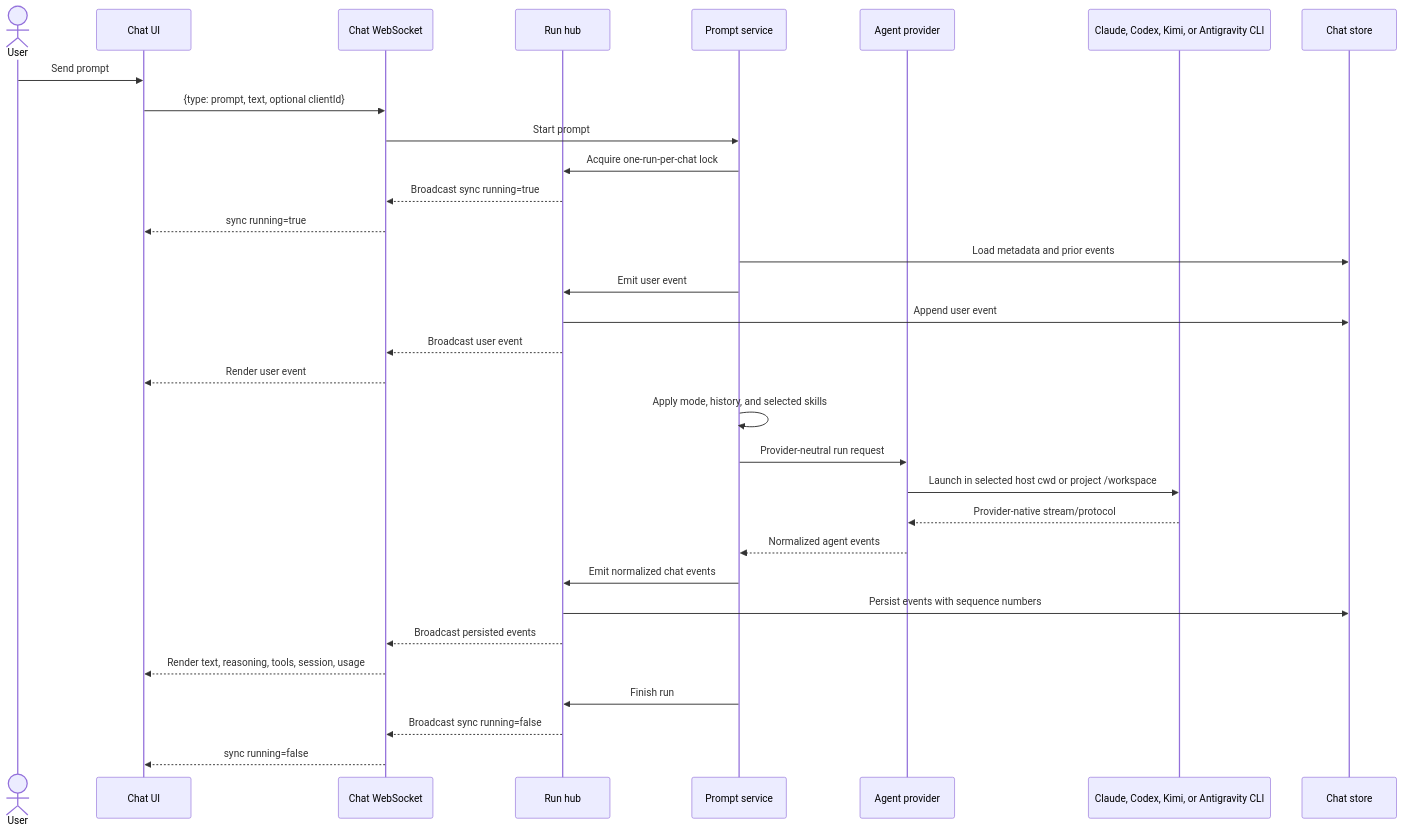
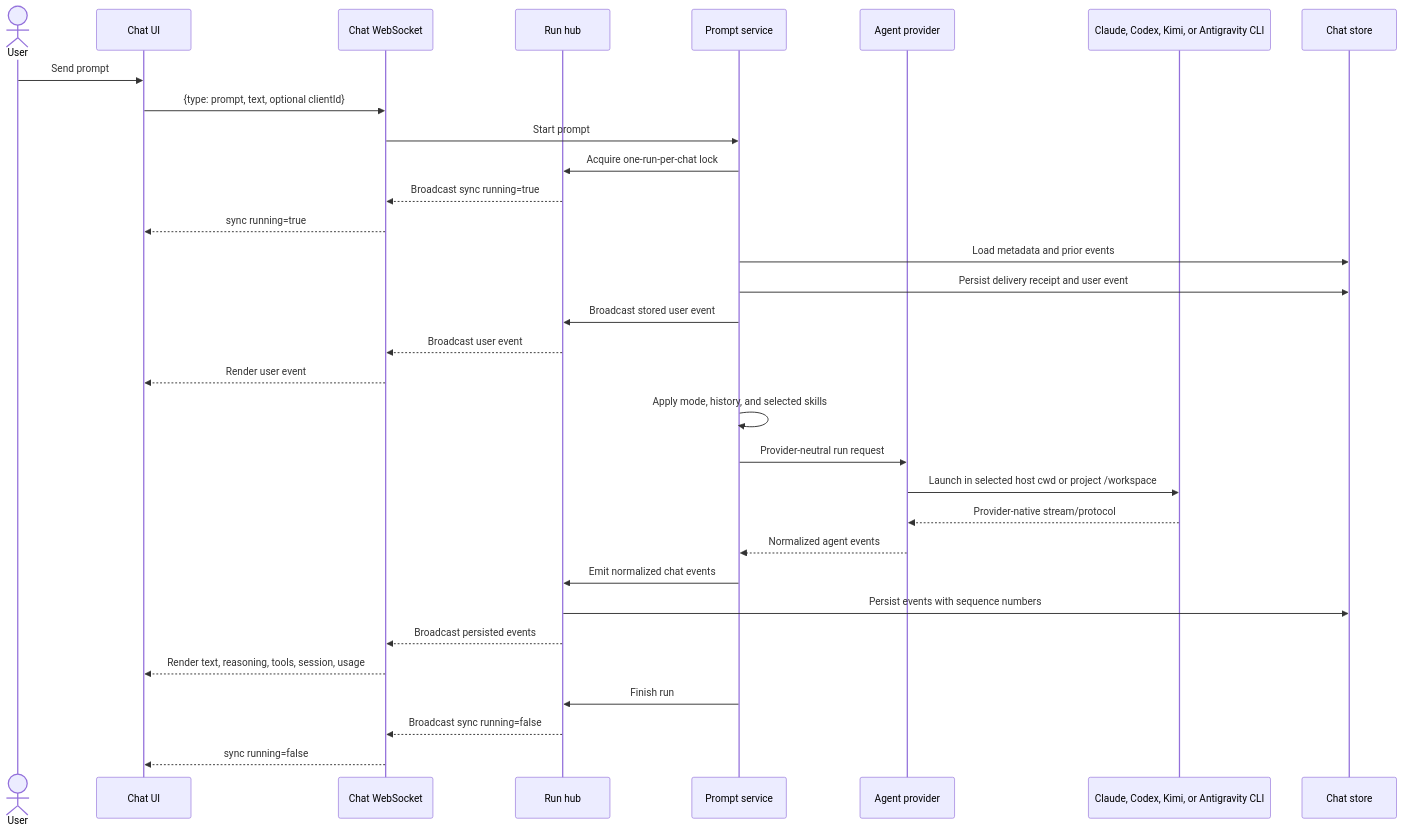
One commit to AbdallahMohamedDotnet/remote.futrx changed the second of 5 diagrams in docs/02-workspaces/04-chat-and-agents.md. Above: the diagram before and after it, drawn with Mermaid. The commit also changed other lines of this file and 32 other files, not shown here.

Commit message:
fix(chat): harden prompt delivery and run transitions

````diff
--- a/docs/02-workspaces/04-chat-and-agents.md
+++ b/docs/02-workspaces/04-chat-and-agents.md
@@ -25,35 +25,35 @@
 ```mermaid
 sequenceDiagram
     actor User
     participant UI as Chat UI
     participant WS as Chat WebSocket
     participant Hub as Run hub
     participant Prompt as Prompt service
     participant Provider as Agent provider
     participant CLI as Claude, Codex, Kimi, or Antigravity CLI
     participant Store as Chat store
 
     User->>UI: Send prompt
     UI->>WS: {type: prompt, text, optional clientId}
     WS->>Prompt: Start prompt
     Prompt->>Hub: Acquire one-run-per-chat lock
     Hub-->>WS: Broadcast sync running=true
     WS-->>UI: sync running=true
     Prompt->>Store: Load metadata and prior events
-    Prompt->>Hub: Emit user event
-    Hub->>Store: Append user event
+    Prompt->>Store: Persist delivery receipt and user event
+    Prompt->>Hub: Broadcast stored user event
     Hub-->>WS: Broadcast user event
     WS-->>UI: Render user event
     Prompt->>Prompt: Apply mode, history, and selected skills
     Prompt->>Provider: Provider-neutral run request
     Provider->>CLI: Launch in selected host cwd or project /workspace
     CLI-->>Provider: Provider-native stream/protocol
     Provider-->>Prompt: Normalized agent events
     Prompt->>Hub: Emit normalized chat events
     Hub->>Store: Persist events with sequence numbers
     Hub-->>WS: Broadcast persisted events
     WS-->>UI: Render text, reasoning, tools, session, usage
     Prompt->>Hub: Finish run
     Hub-->>WS: Broadcast sync running=false
     WS-->>UI: sync running=false
 ```
````
